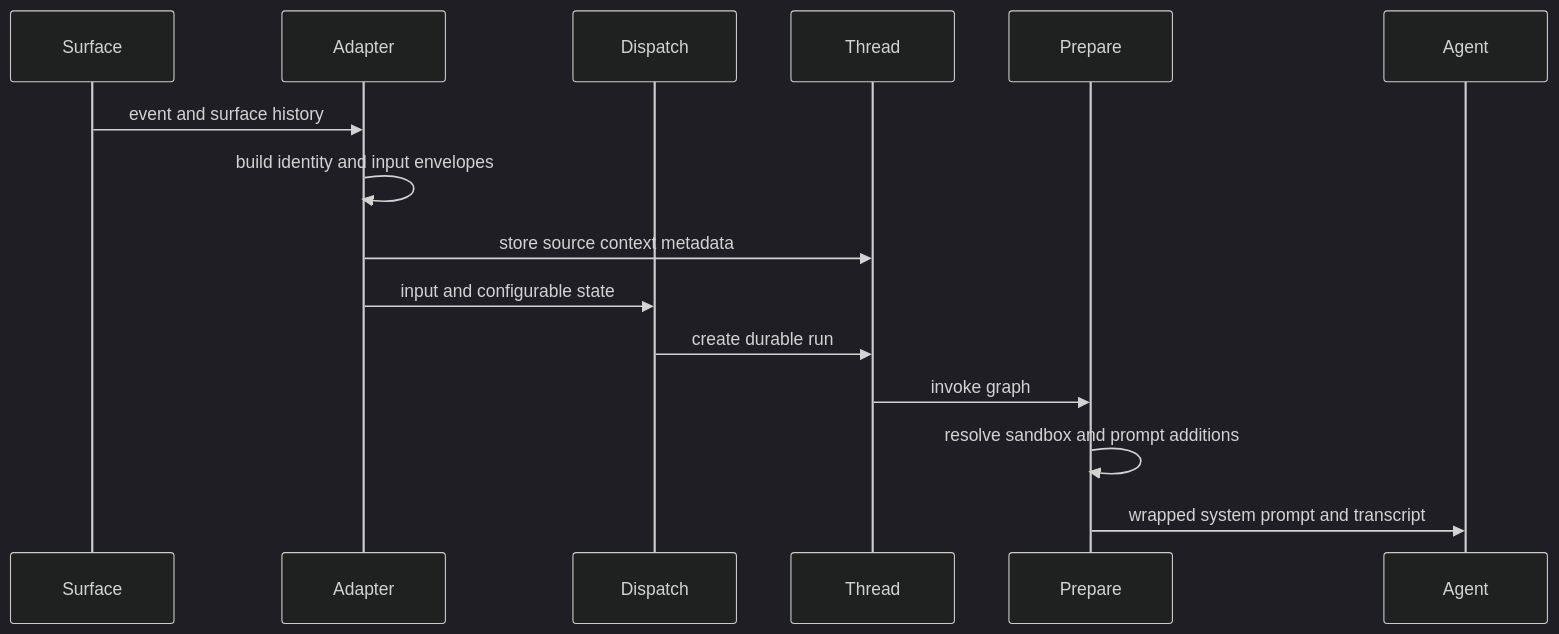
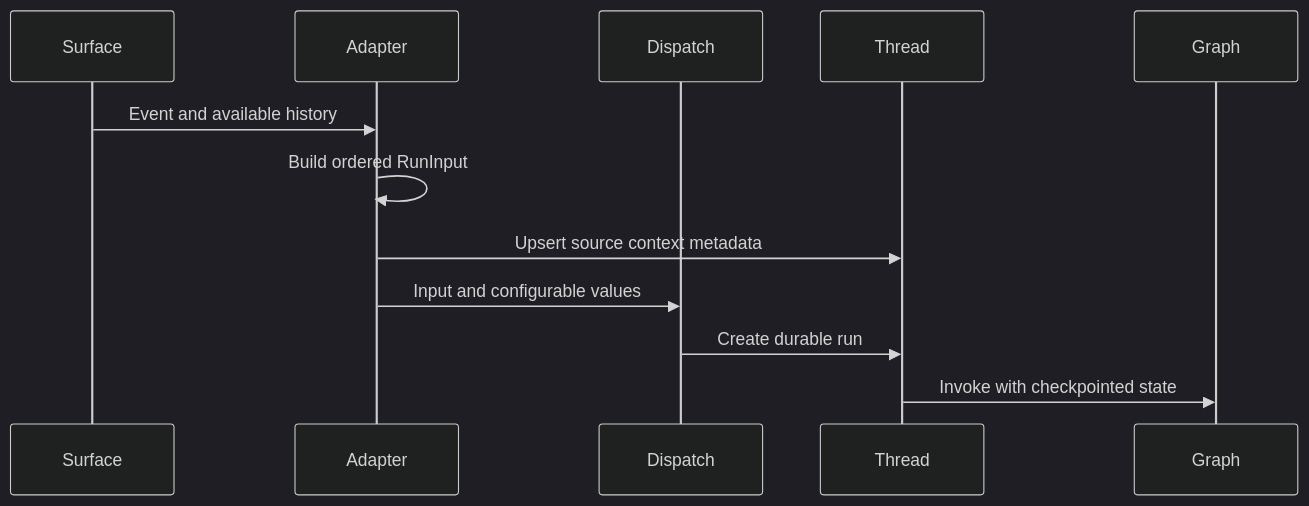
Before and after one commit to langchain-ai/open-swe: the first of 2 diagrams in openwiki/workflows/context-engineering.md, drawn with Mermaid (dark theme). The commit also changed other lines of this file and 51 other files, not shown here.

````diff
--- a/openwiki/workflows/context-engineering.md
+++ b/openwiki/workflows/context-engineering.md
@@ -47,17 +59,14 @@
 ```mermaid
 sequenceDiagram
     participant Surface
     participant Adapter
     participant Dispatch
     participant Thread
-    participant Prepare
-    participant Agent
-    Surface->>Adapter: event and surface history
-    Adapter->>Adapter: build identity and input envelopes
-    Adapter->>Thread: store source context metadata
-    Adapter->>Dispatch: input and configurable state
-    Dispatch->>Thread: create durable run
-    Thread->>Prepare: invoke graph
-    Prepare->>Prepare: resolve sandbox and prompt additions
-    Prepare->>Agent: wrapped system prompt and transcript
+    participant Graph
+    Surface->>Adapter: Event and available history
+    Adapter->>Adapter: Build ordered RunInput
+    Adapter->>Thread: Upsert source context metadata
+    Adapter->>Dispatch: Input and configurable values
+    Dispatch->>Thread: Create durable run
+    Thread->>Graph: Invoke with checkpointed state
 ```
````
